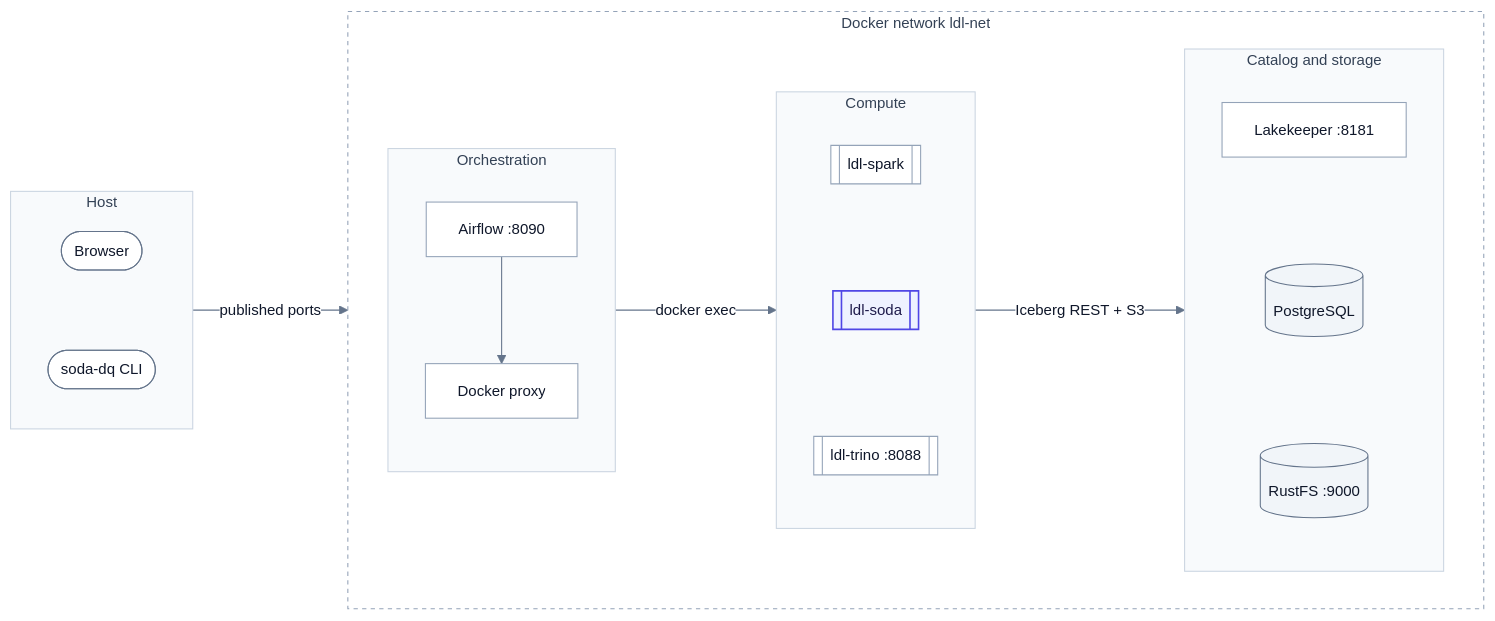
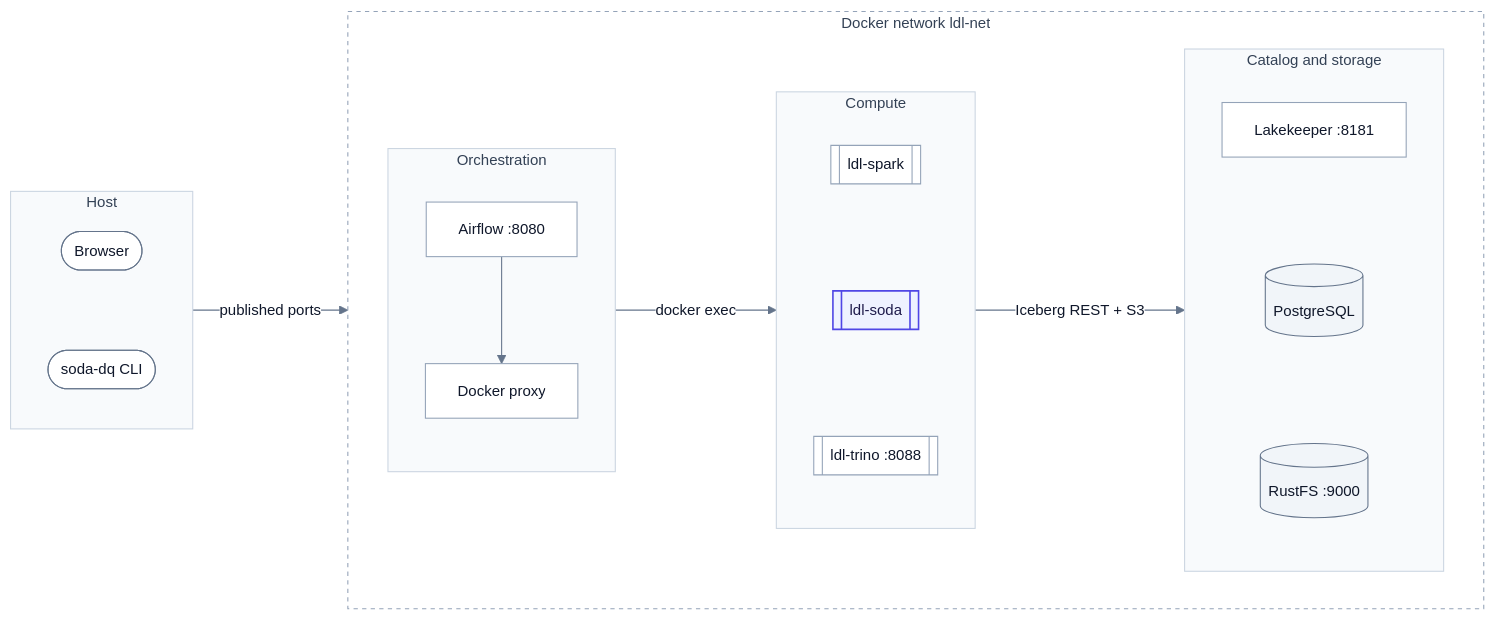
One commit to santoshshinde2012/lakehouse-quality-gates changed the diagram in docs/diagrams/deployment.mmd. Above: the diagram before and after it, drawn with Mermaid. The commit also changed 48 other files, not shown here.

```diff
--- a/docs/diagrams/deployment.mmd
+++ b/docs/diagrams/deployment.mmd
@@ -1,49 +1,49 @@
 %%{init: {'theme':'base','themeVariables':{'fontFamily':'Inter, system-ui, -apple-system, Segoe UI, Helvetica, Arial, sans-serif','fontSize':'14px','primaryColor':'#ffffff','primaryTextColor':'#0f172a','primaryBorderColor':'#94a3b8','secondaryColor':'#f8fafc','tertiaryColor':'#f8fafc','lineColor':'#64748b','textColor':'#0f172a','clusterBkg':'#f8fafc','clusterBorder':'#cbd5e1','titleColor':'#334155','edgeLabelBackground':'#ffffff','noteBkgColor':'#f8fafc','noteTextColor':'#0f172a','noteBorderColor':'#cbd5e1','actorBkg':'#ffffff','actorBorder':'#94a3b8','actorTextColor':'#0f172a','actorLineColor':'#94a3b8','signalColor':'#475569','signalTextColor':'#0f172a','labelBoxBkgColor':'#f8fafc','labelBoxBorderColor':'#94a3b8','labelTextColor':'#0f172a','loopTextColor':'#0f172a','activationBkgColor':'#eef2ff','activationBorderColor':'#4f46e5','sequenceNumberColor':'#ffffff','classText':'#0f172a','xyChart':{'backgroundColor':'#ffffff','plotColorPalette':'#4f46e5, #d97706, #0d9488','titleColor':'#0f172a','xAxisLabelColor':'#334155','yAxisLabelColor':'#334155','xAxisLineColor':'#94a3b8','yAxisLineColor':'#94a3b8'}}}}%%
 %% Title: Deployment on Docker network ldl-net
 %% Purpose: Containers, ports and how they talk to each other
 %% Last updated: 2026-10-13
 %% Theme: docs/diagrams/THEME.md (shared init line above). Edit here, then run: make diagrams
 flowchart LR
   subgraph HOST["Host"]
     direction TB
     BRW(["Browser"]):::actor
     CLI(["soda-dq CLI"]):::actor
     BRW ~~~ CLI
   end
   subgraph NET["Docker network ldl-net"]
     direction LR
     subgraph ORCH["Orchestration"]
       direction TB
-      AF["Airflow :8090"]:::node
+      AF["Airflow :8080"]:::node
       PX["Docker proxy"]:::node
       AF --> PX
     end
     subgraph RUN["Compute"]
       direction TB
       SP[["ldl-spark"]]:::node
       SO[["ldl-soda"]]:::ours
       TR[["ldl-trino :8088"]]:::node
       SP ~~~ SO ~~~ TR
     end
     subgraph STORE["Catalog and storage"]
       direction TB
       LK["Lakekeeper :8181"]:::node
       PG[("PostgreSQL")]:::store
       OS[("RustFS :9000")]:::store
       LK ~~~ PG ~~~ OS
     end
     ORCH -->|docker exec| RUN
     RUN -->|Iceberg REST + S3| STORE
   end
   HOST -->|published ports| NET
   classDef node fill:#ffffff,stroke:#94a3b8,stroke-width:1px,color:#0f172a
   classDef store fill:#f1f5f9,stroke:#64748b,stroke-width:1px,color:#0f172a
   classDef ours fill:#eef2ff,stroke:#4f46e5,stroke-width:1.5px,color:#1e1b4b
   classDef actor fill:#ffffff,stroke:#64748b,stroke-width:1px,color:#0f172a
   classDef blocked fill:#fef2f2,stroke:#dc2626,stroke-width:1.5px,color:#7f1d1d
   classDef pass fill:#f0fdf4,stroke:#16a34a,stroke-width:1.5px,color:#14532d
   style HOST fill:#f8fafc,stroke:#cbd5e1,stroke-width:1px,color:#334155
   style NET fill:#ffffff,stroke:#94a3b8,stroke-width:1px,stroke-dasharray:4 4,color:#334155
   style ORCH fill:#f8fafc,stroke:#cbd5e1,stroke-width:1px,color:#334155
   style RUN fill:#f8fafc,stroke:#cbd5e1,stroke-width:1px,color:#334155
   style STORE fill:#f8fafc,stroke:#cbd5e1,stroke-width:1px,color:#334155
```
